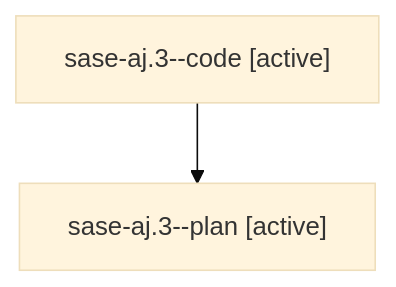
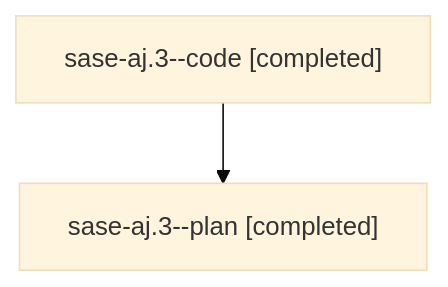
The diagram in families/bbugyi200.athena.sase-aj.3.md (sase-org/sase--agents), drawn with Mermaid (base theme) before and after one commit. The commit also changed other lines of this file and 21 other files, not shown here.

````diff
--- a/families/bbugyi200.athena.sase-aj.3.md
+++ b/families/bbugyi200.athena.sase-aj.3.md
@@ -9,6 +9,6 @@
 ```mermaid
 flowchart TD
-  n0["sase-aj.3--code [active]"]
-  n1["sase-aj.3--plan [active]"]
+  n0["sase-aj.3--code [completed]"]
+  n1["sase-aj.3--plan [completed]"]
   n0 --> n1
 ```
````
